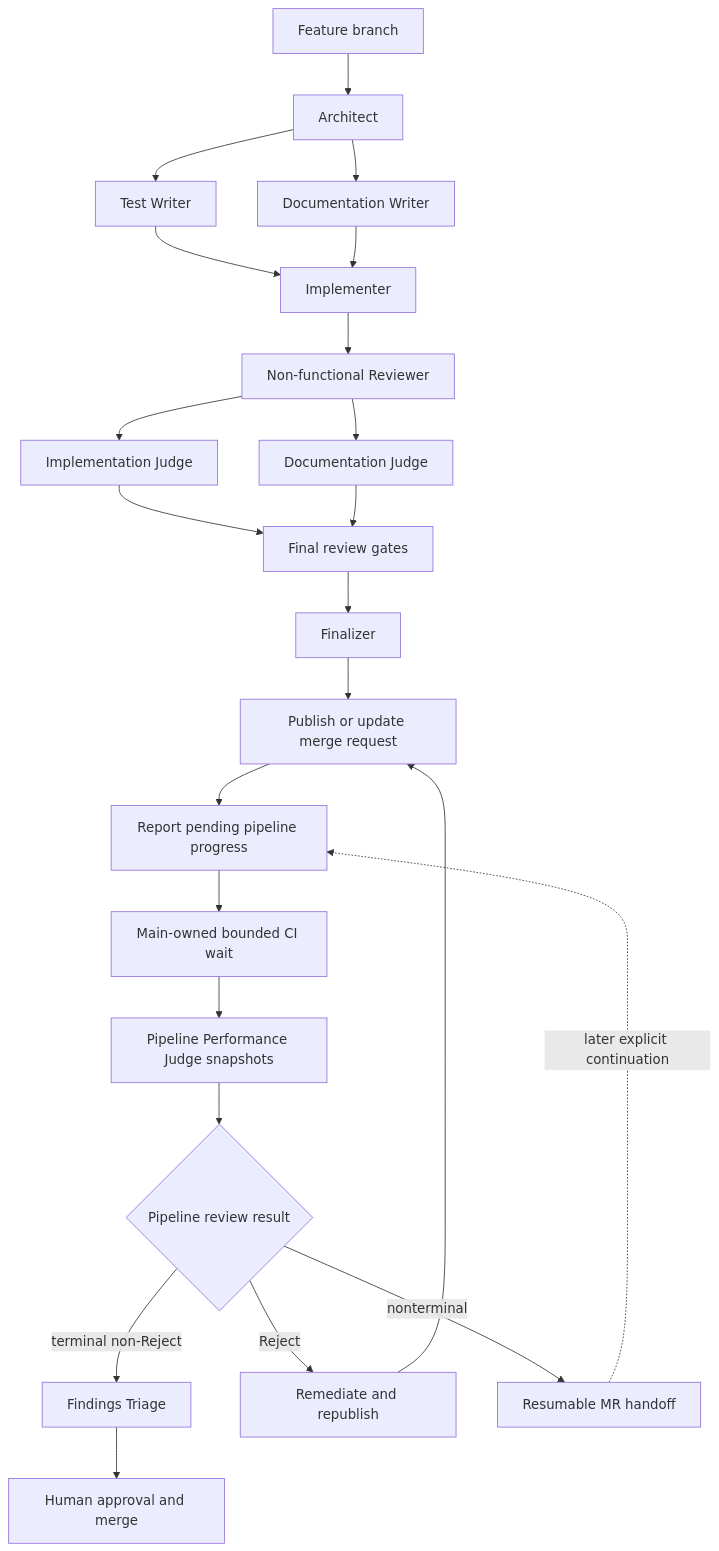
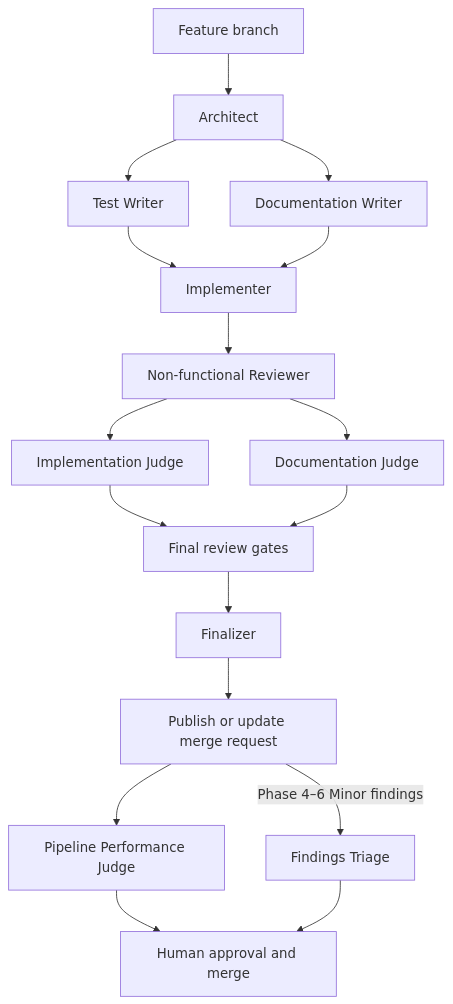
The diagram in README.md (dfwguy/nvis-ova-agentic-copier), drawn with Mermaid before and after one commit. The commit also changed other lines of this file and 31 other files, not shown here.

````diff
--- a/README.md
+++ b/README.md
@@ -76,25 +76,19 @@
 ```mermaid
 flowchart TD
     branch[Feature branch] --> architect[Architect]
     architect --> tests[Test Writer]
     architect --> docs[Documentation Writer]
     tests --> implementer[Implementer]
     docs --> implementer
     implementer --> nonfunctional[Non-functional Reviewer]
     nonfunctional --> implementation[Implementation Judge]
     nonfunctional --> documentation[Documentation Judge]
     implementation --> final_gates[Final review gates]
     documentation --> final_gates
     final_gates --> finalizer[Finalizer]
     finalizer --> mr[Publish or update merge request]
-    mr --> pending[Report pending pipeline progress]
-    pending --> wait[Main-owned bounded CI wait]
-    wait --> performance[Pipeline Performance Judge snapshots]
-    performance --> verdict{Pipeline review result}
-    verdict -->|terminal non-Reject| triage[Findings Triage]
-    verdict -->|Reject| remediate[Remediate and republish]
-    remediate --> mr
-    verdict -->|nonterminal| resume[Resumable MR handoff]
-    resume -. later explicit continuation .-> pending
-    triage --> human[Human approval and merge]
+    mr --> performance[Pipeline Performance Judge]
+    mr -->|Phase 4–6 Minor findings| triage[Findings Triage]
+    performance --> human[Human approval and merge]
+    triage --> human
 ```
````
